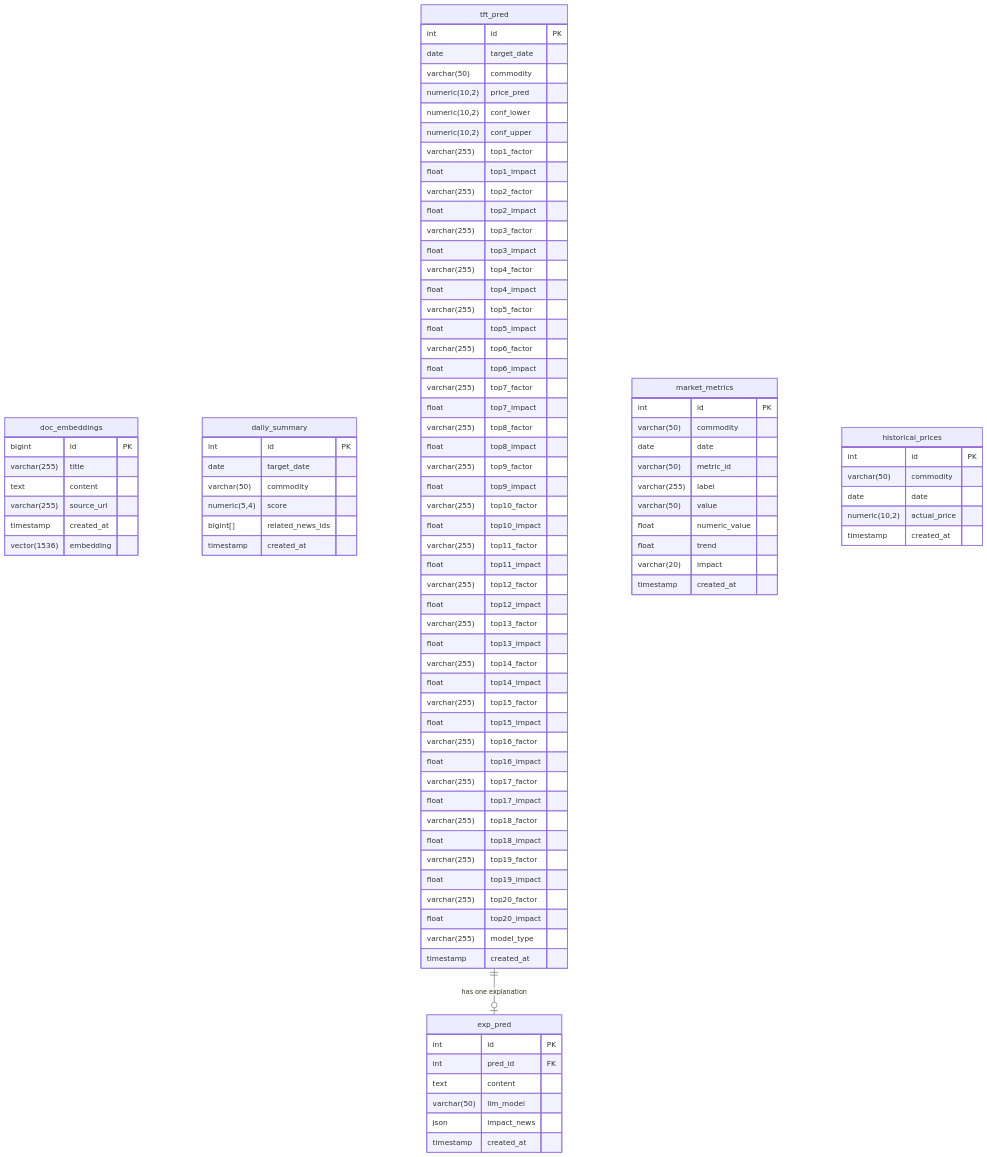
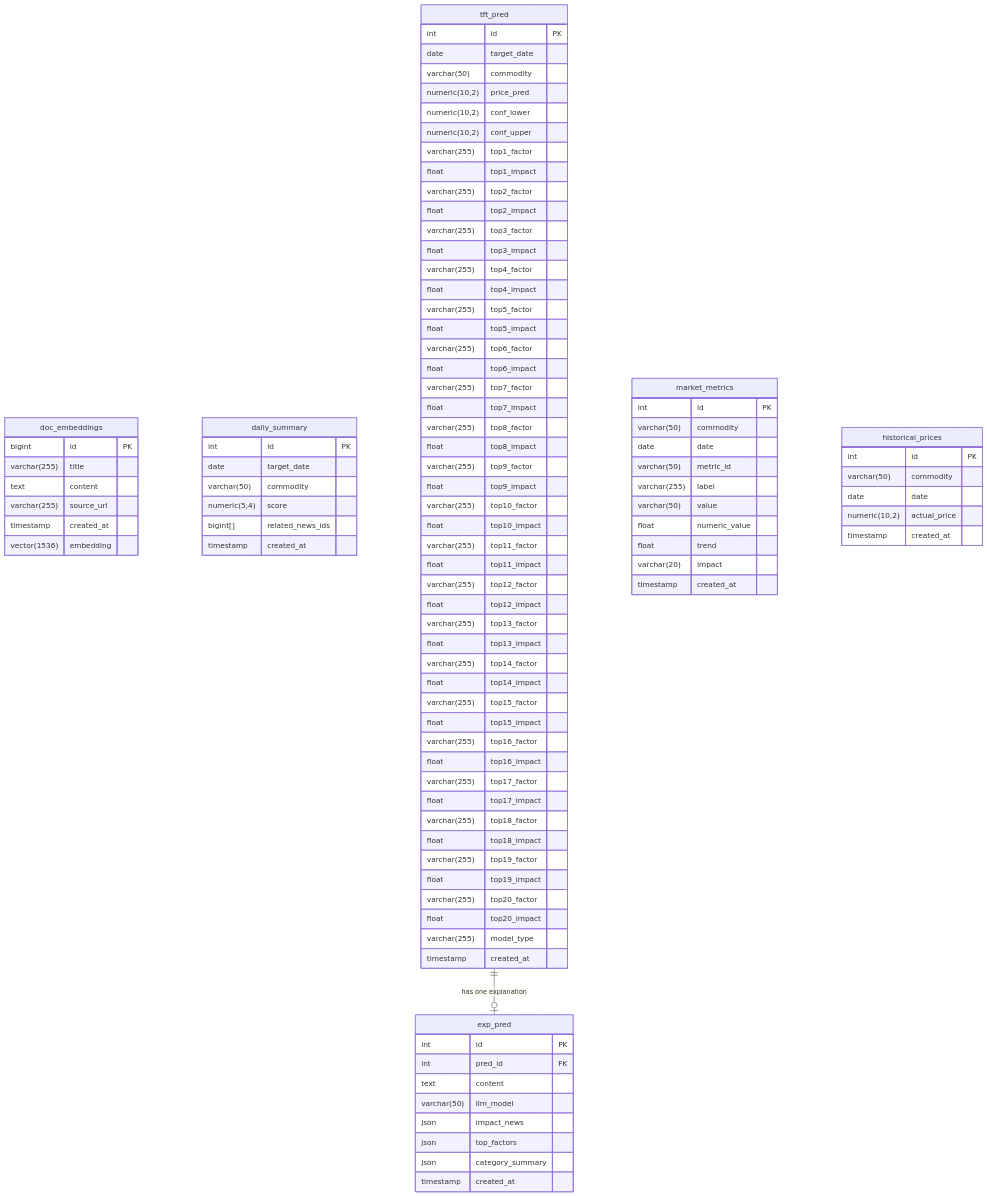
One commit to PARKWONGYUU/pro-nlp-finalproject-backend-nlp-10 changed the first of 2 diagrams in docs/DATABASE_SCHEMA.md. Above: the diagram before and after it, drawn with Mermaid. The commit also changed other lines of this file and 6 other files, not shown here.

```diff
--- a/docs/DATABASE_SCHEMA.md
+++ b/docs/DATABASE_SCHEMA.md
@@ -79,6 +79,8 @@
         text content
         varchar(50) llm_model
         json impact_news
+        json top_factors
+        json category_summary
         timestamp created_at
     }
 
```
